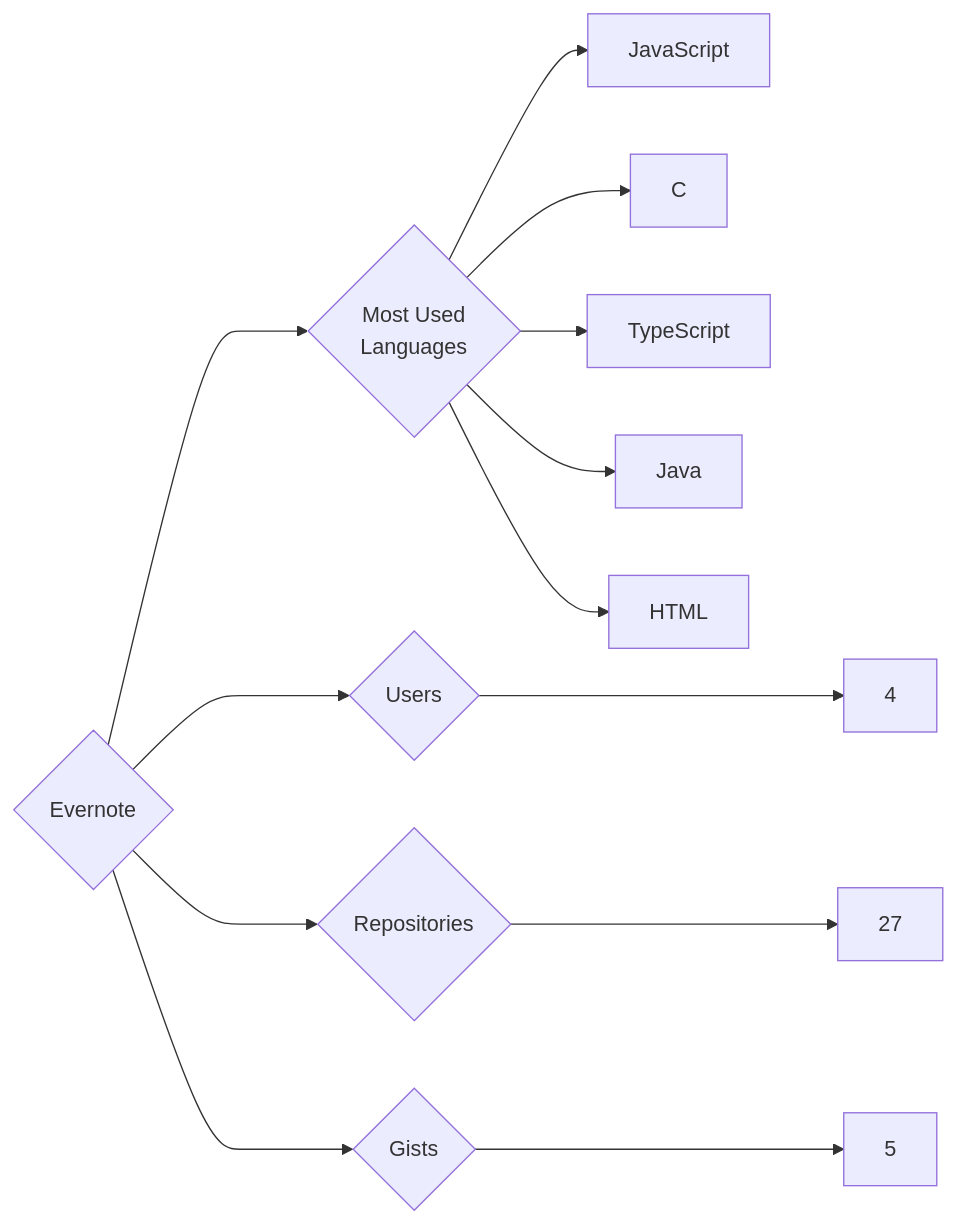
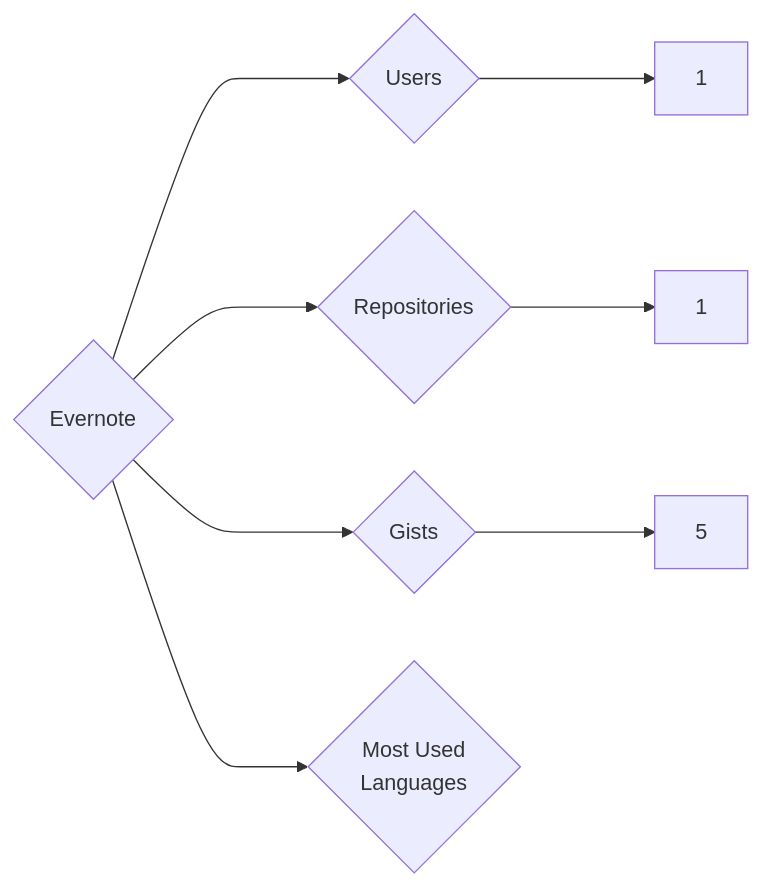
Before and after one commit to trickest/insiders: the diagram in targets/Evernote/README.md, drawn with Mermaid. The commit also changed 815 other files, not shown here.

````diff
--- a/targets/Evernote/README.md
+++ b/targets/Evernote/README.md
@@ -3,13 +3,8 @@
 ```mermaid
 graph LR
 COMPANY_NAME{Evernote}
-COMPANY_NAME ---> U{Users} ---> UN[4]
-COMPANY_NAME ---> R{Repositories} ---> RN[27]
+COMPANY_NAME ---> U{Users} ---> UN[1]
+COMPANY_NAME ---> R{Repositories} ---> RN[1]
 COMPANY_NAME ---> G{Gists} ---> GN[5]
 COMPANY_NAME ---> ML{Most Used<br>Languages}
-ML --> JavaScript[JavaScript]
-ML --> C[C]
-ML --> TypeScript[TypeScript]
-ML --> Java[Java]
-ML --> HTML[HTML]
 ```
````
